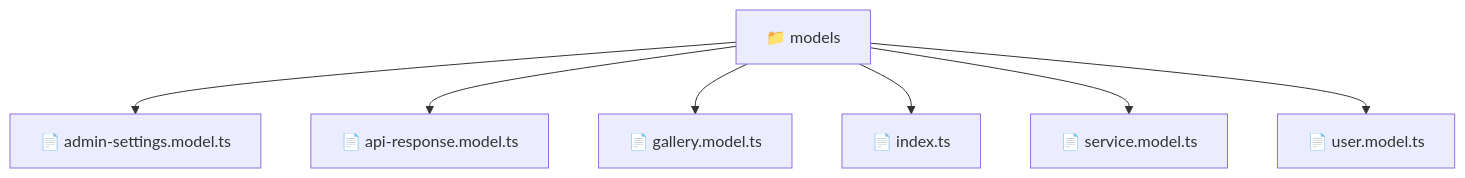
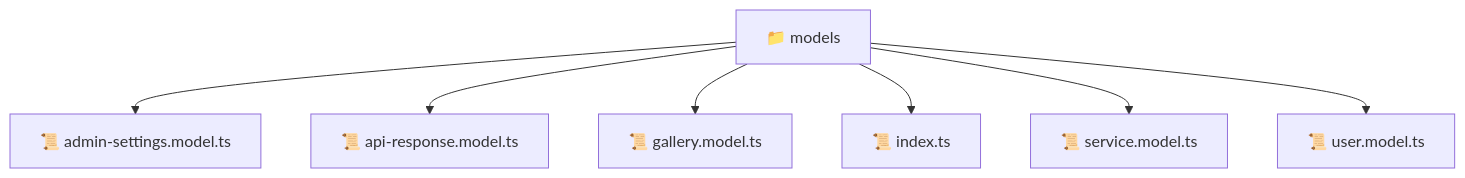
The diagram in frontend/src/shared/models/README.md (beginwebdev2002/fullstack-mavluda), drawn with Mermaid before and after one commit. The commit also changed other lines of this file and 163 other files, not shown here.

````diff
--- a/frontend/src/shared/models/README.md
+++ b/frontend/src/shared/models/README.md
@@ -11,10 +11,10 @@
 ```mermaid
 graph TD
-  Root["📁 models"]
-  Root --> admin_settings_model_ts["📄 admin-settings.model.ts"]
-  Root --> api_response_model_ts["📄 api-response.model.ts"]
-  Root --> gallery_model_ts["📄 gallery.model.ts"]
-  Root --> index_ts["📄 index.ts"]
-  Root --> service_model_ts["📄 service.model.ts"]
-  Root --> user_model_ts["📄 user.model.ts"]
+  models["📁 models"]
+  models --> admin_settings_model_ts["📜 admin-settings.model.ts"]
+  models --> api_response_model_ts["📜 api-response.model.ts"]
+  models --> gallery_model_ts["📜 gallery.model.ts"]
+  models --> index_ts["📜 index.ts"]
+  models --> service_model_ts["📜 service.model.ts"]
+  models --> user_model_ts["📜 user.model.ts"]
 ```
````
